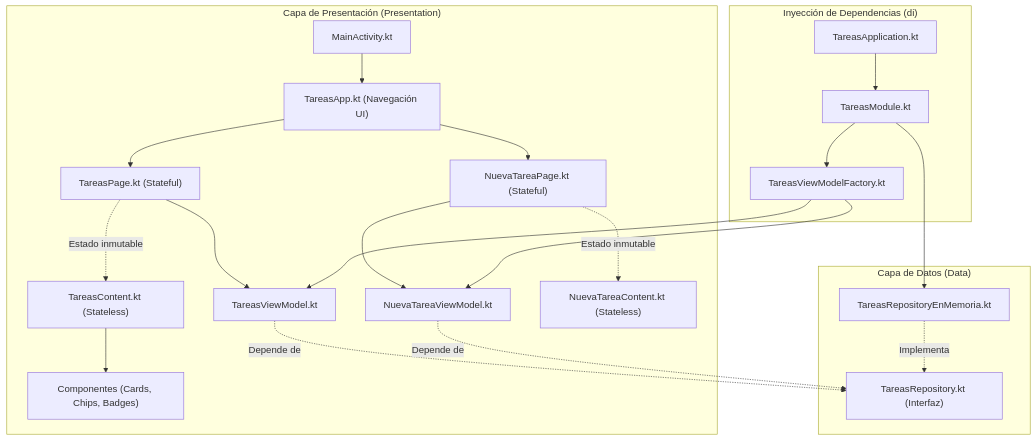
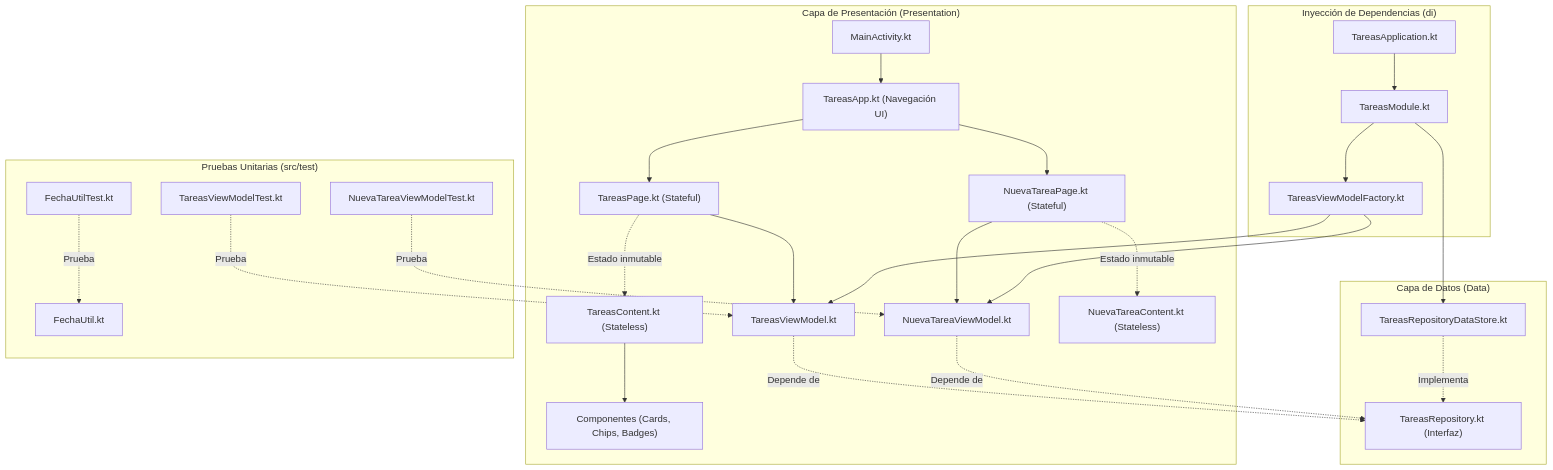
One commit to R0D404/AppInteractiva changed the first of 3 diagrams in GUIA_DEFENSA.md. Above: the diagram before and after it, drawn with Mermaid. The commit also changed other lines of this file and 8 other files, not shown here.

Commit message:
final de DataStore

````diff
--- a/GUIA_DEFENSA.md
+++ b/GUIA_DEFENSA.md
@@ -32,27 +33,33 @@
 ```mermaid
 graph TD
     subgraph UI ["Capa de Presentación (Presentation)"]
         Activity["MainActivity.kt"] --> Root["TareasApp.kt (Navegación UI)"]
         Root --> PageList["TareasPage.kt (Stateful)"]
         Root --> PageForm["NuevaTareaPage.kt (Stateful)"]
         PageList --> VMList["TareasViewModel.kt"]
         PageForm --> VMForm["NuevaTareaViewModel.kt"]
         PageList -. Estado inmutable .-> ContentList["TareasContent.kt (Stateless)"]
         PageForm -. Estado inmutable .-> ContentForm["NuevaTareaContent.kt (Stateless)"]
         ContentList --> Components["Componentes (Cards, Chips, Badges)"]
     end
 
     subgraph DI ["Inyección de Dependencias (di)"]
         App["TareasApplication.kt"] --> Module["TareasModule.kt"]
         Module --> Factory["TareasViewModelFactory.kt"]
         Factory --> VMList
         Factory --> VMForm
     end
 
     subgraph DATA ["Capa de Datos (Data)"]
-        Module --> RepoImpl["TareasRepositoryEnMemoria.kt"]
+        Module --> RepoImpl["TareasRepositoryDataStore.kt"]
         RepoImpl -. Implementa .-> RepoInterface["TareasRepository.kt (Interfaz)"]
         VMList -. Depende de .-> RepoInterface
         VMForm -. Depende de .-> RepoInterface
     end
+
+    subgraph TESTS ["Pruebas Unitarias (src/test)"]
+        TestsVM["TareasViewModelTest.kt"] -. Prueba .-> VMList
+        TestsFormVM["NuevaTareaViewModelTest.kt"] -. Prueba .-> VMForm
+        TestsUtil["FechaUtilTest.kt"] -. Prueba .-> FechaUtil["FechaUtil.kt"]
+    end
 ```
````
